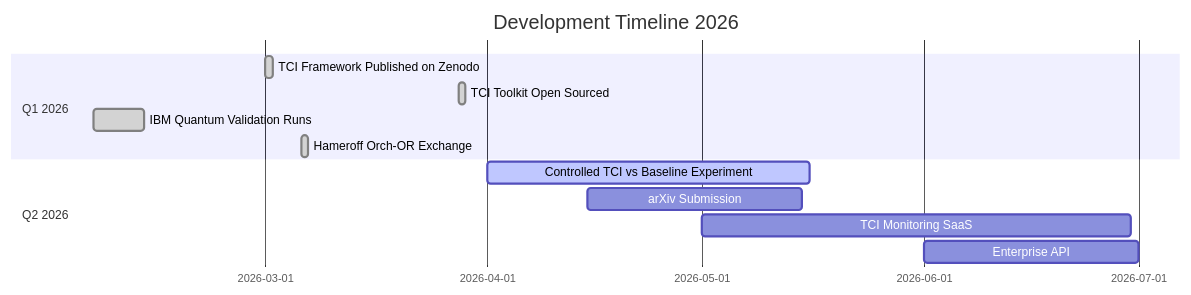
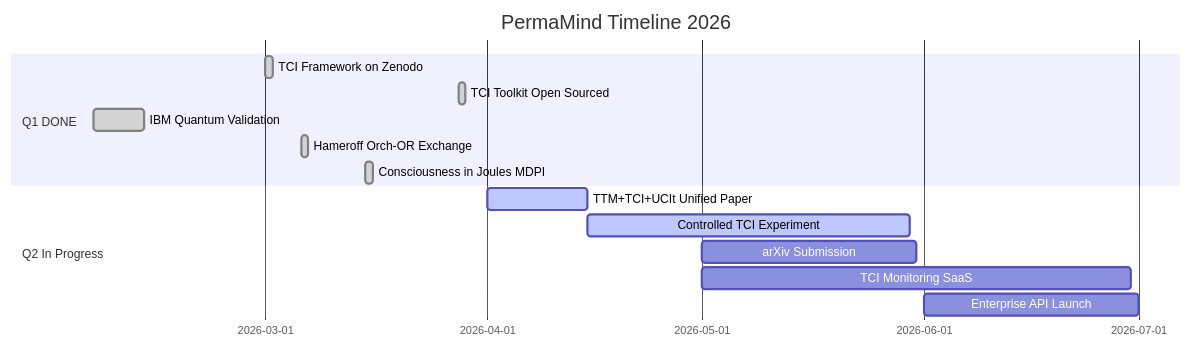
One commit to hustle-rent-due/hustle-rent-due changed the second of 2 diagrams in README.md. Above: the diagram before and after it, drawn with Mermaid. The commit also changed other lines of this file, not shown here.

````diff
--- a/README.md
+++ b/README.md
@@ -436,15 +432,17 @@
 ```mermaid
 gantt
-    title Development Timeline 2026
+    title PermaMind Timeline 2026
     dateFormat YYYY-MM-DD
-    section Q1 2026
-    TCI Framework Published on Zenodo     :done, 2026-03-01, 1d
-    TCI Toolkit Open Sourced              :done, 2026-03-28, 1d
-    IBM Quantum Validation Runs           :done, 2026-02-05, 7d
-    Hameroff Orch-OR Exchange             :done, 2026-03-06, 1d
-    section Q2 2026
-    Controlled TCI vs Baseline Experiment :active, 2026-04-01, 45d
-    arXiv Submission                      :2026-04-15, 30d
-    TCI Monitoring SaaS                   :2026-05-01, 60d
-    Enterprise API                        :2026-06-01, 30d
+    section Q1 DONE
+    TCI Framework on Zenodo        :done, 2026-03-01, 1d
+    TCI Toolkit Open Sourced       :done, 2026-03-28, 1d
+    IBM Quantum Validation         :done, 2026-02-05, 7d
+    Hameroff Orch-OR Exchange      :done, 2026-03-06, 1d
+    Consciousness in Joules MDPI   :done, 2026-03-15, 1d
+    section Q2 In Progress
+    TTM+TCI+UCIt Unified Paper     :active, 2026-04-01, 14d
+    Controlled TCI Experiment      :active, 2026-04-15, 45d
+    arXiv Submission               :2026-05-01, 30d
+    TCI Monitoring SaaS            :2026-05-01, 60d
+    Enterprise API Launch          :2026-06-01, 30d
 ```
````
